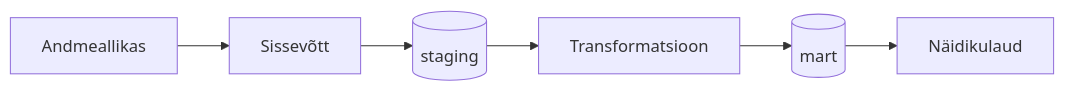
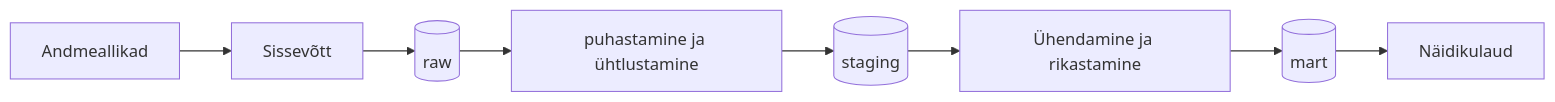
Before and after one commit to KulliPeed/Projektitoo_MREV: the diagram in docs/README.md, drawn with Mermaid.

````diff
--- a/docs/README.md
+++ b/docs/README.md
@@ -22,8 +22,10 @@
 ```mermaid
 flowchart LR
-    source[Andmeallikas] --> ingest[Sissevõtt]
-    ingest --> staging[(staging)]
-    staging --> transform[Transformatsioon]
+    source[Andmeallikad] --> ingest[Sissevõtt]
+    ingest --> raw[(raw)]
+    raw --> transform1[puhastamine ja ühtlustamine]
+    transform1[puhastamine ja ühtlustamine] --> staging[(staging)]
+    staging --> transform[Ühendamine ja rikastamine]
     transform --> mart[(mart)]
     mart --> dashboard[Näidikulaud]
 ```
````
